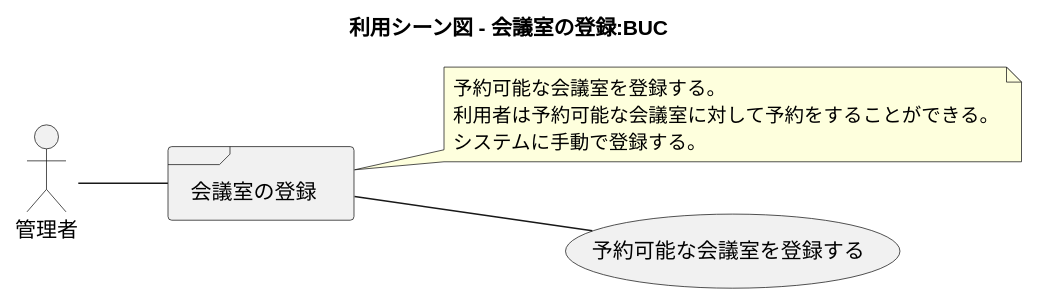
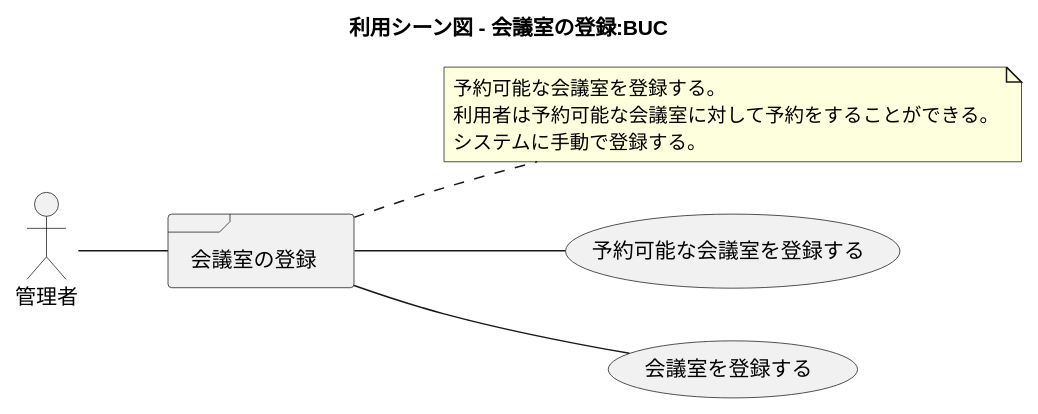
The tenth of 23 diagrams in docs/index.adoc (k2works/case-study-mrs), drawn with PlantUML before and after one commit. The commit also changed other lines of this file and 1 other file, not shown here.

```diff
--- a/docs/index.adoc
+++ b/docs/index.adoc
@@ -327,25 +327,26 @@
 [plantuml]
 ----
 @startuml
 
 title 利用シーン図 - 会議室の登録:BUC
 
 left to right direction
 
 actor 管理者 as ac_01
 
 frame 会議室の登録
 note right of 会議室の登録
    予約可能な会議室を登録する。
    利用者は予約可能な会議室に対して予約をすることができる。
    システムに手動で登録する。
 end note
 
 usecase 予約可能な会議室を登録する
 
 :ac_01: -- 会議室の登録
+会議室の登録 -- (会議室を登録する)
 会議室の登録 -- (予約可能な会議室を登録する)
 
 
 @enduml
 ----
```
